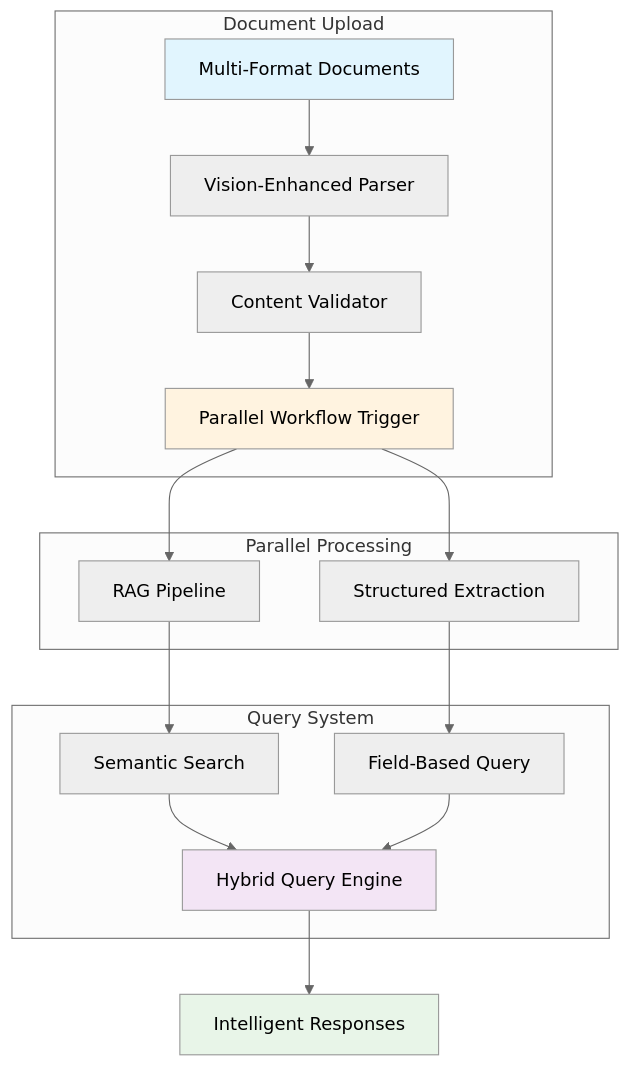
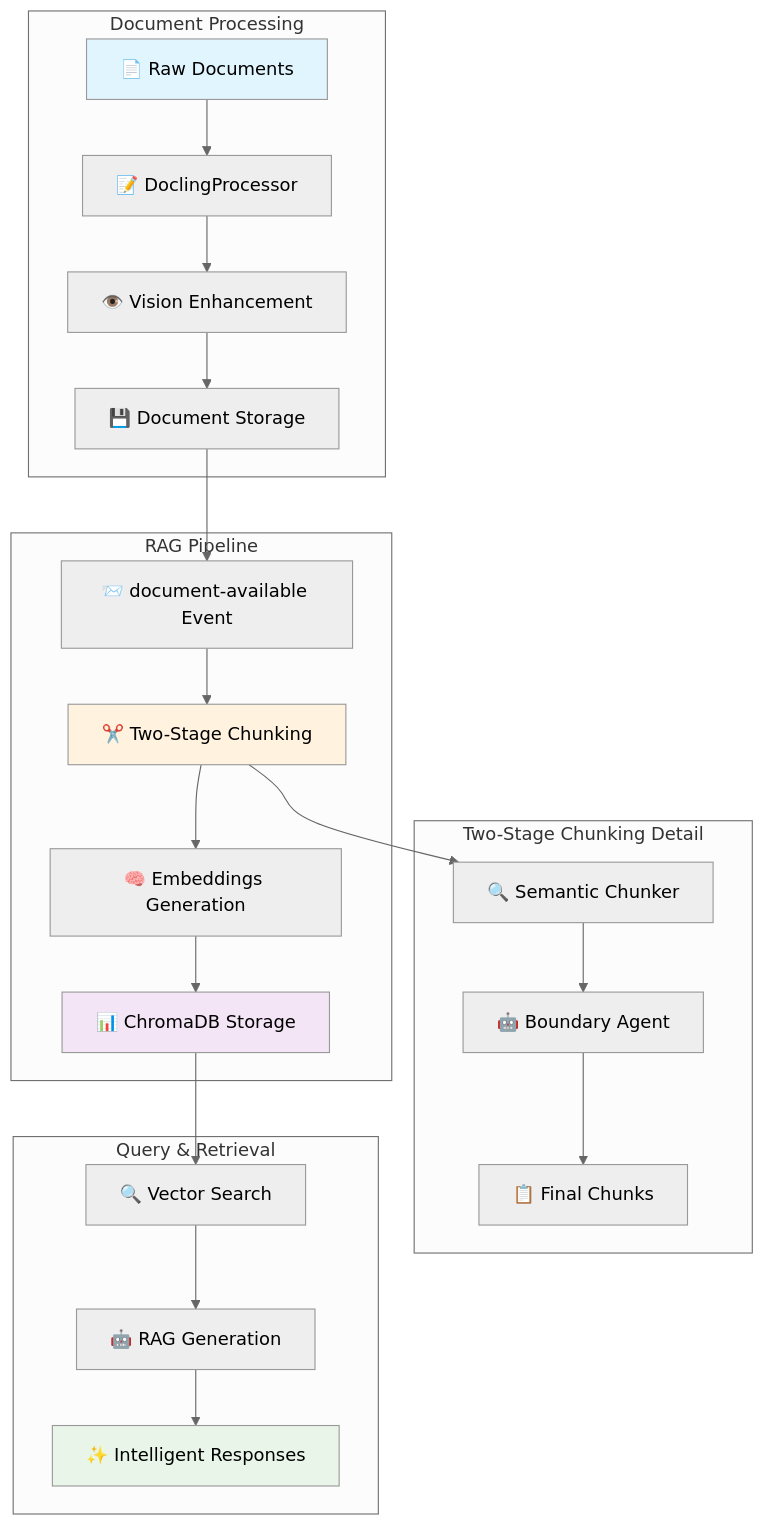
One commit to h19overflow/scaled_processing changed the first of 4 diagrams in README.md. Above: the diagram before and after it, drawn with Mermaid (neutral theme). The commit also changed other lines of this file and 2 other files, not shown here.

Commit message:
updating diagrams and readme md

````diff
--- a/README.md
+++ b/README.md
@@ -45,27 +46,32 @@
 ```mermaid
 graph TB
-    subgraph "Document Upload"
-        A[Multi-Format Documents] --> B[Vision-Enhanced Parser]
-        B --> C[Content Validator]
-        C --> D[Parallel Workflow Trigger]
+    subgraph "Document Processing"
+        A[📄 Raw Documents] --> B[📝 DoclingProcessor]
+        B --> C[👁️ Vision Enhancement] 
+        C --> D[💾 Document Storage]
     end
     
-    subgraph "Parallel Processing"
-        D --> E[RAG Pipeline]
-        D --> F[Structured Extraction]
+    subgraph "RAG Pipeline"
+        D --> E[📨 document-available Event]
+        E --> F[✂️ Two-Stage Chunking]
+        F --> G[🧠 Embeddings Generation] 
+        G --> H[📊 ChromaDB Storage]
     end
     
-    subgraph "Query System"
-        E --> G[Semantic Search]
-        F --> H[Field-Based Query]
-        G --> I[Hybrid Query Engine]
-        H --> I
+    subgraph "Two-Stage Chunking Detail"
+        F --> F1[🔍 Semantic Chunker]
+        F1 --> F2[🤖 Boundary Agent]
+        F2 --> F3[📋 Final Chunks]
     end
     
-    I --> J[Intelligent Responses]
+    subgraph "Query & Retrieval"
+        H --> I[🔍 Vector Search]
+        I --> J[🤖 RAG Generation]
+        J --> K[✨ Intelligent Responses]
+    end
     
     style A fill:#e1f5fe
-    style D fill:#fff3e0
-    style I fill:#f3e5f5
-    style J fill:#e8f5e8
+    style F fill:#fff3e0
+    style H fill:#f3e5f5
+    style K fill:#e8f5e8
 ```
````
